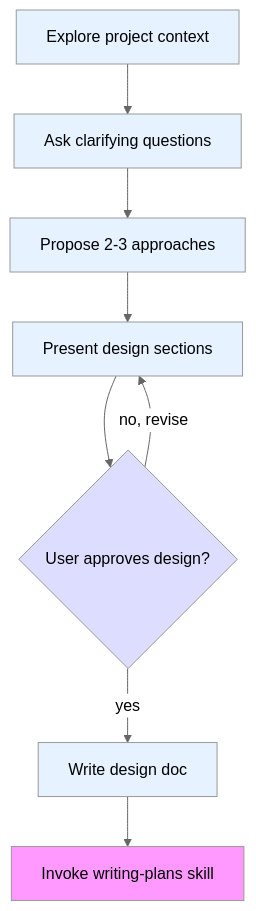
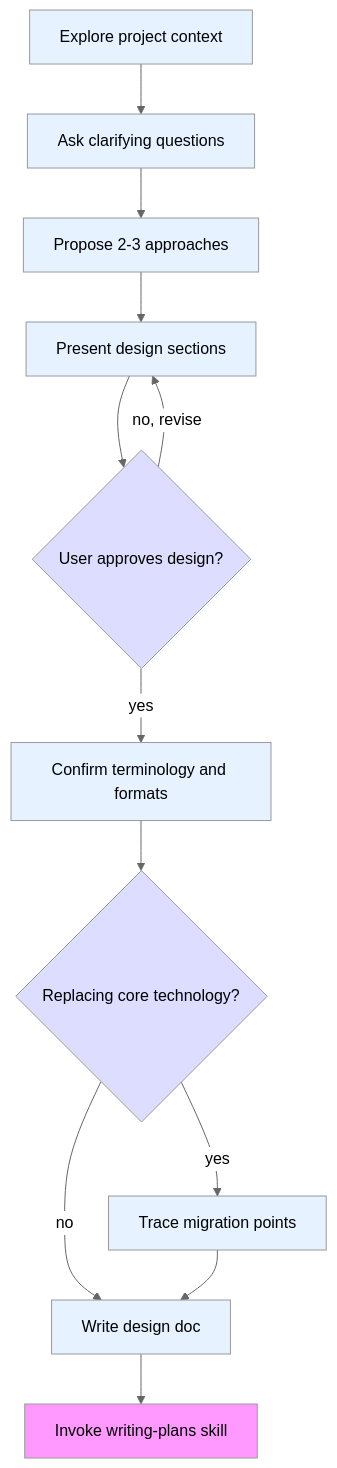
The diagram in skills/brainstorming/SKILL.md (Ts-sound/superpowers), drawn with Mermaid (neutral theme) before and after one commit. The commit also changed other lines of this file, not shown here.

Commit message:
feat(brainstorming): add technology migration validation step with clear trigger conditions

````diff
--- a/skills/brainstorming/SKILL.md
+++ b/skills/brainstorming/SKILL.md
@@ -41,18 +42,22 @@
 ```mermaid
 graph TD
     A["Explore project context"] --> B["Ask clarifying questions"];
     B --> C["Propose 2-3 approaches"];
     C --> D["Present design sections"];
     D --> E{"User approves design?"};
     E -->|no, revise| D;
-    E -->|yes| F["Write design doc"];
-    F --> G["Invoke writing-plans skill"];
+    E -->|yes| F["Confirm terminology and formats"];
+    F --> G{"Replacing core technology?"};
+    G -->|yes| H["Trace migration points"];
+    G -->|no| I["Write design doc"];
+    H --> I;
+    I --> J["Invoke writing-plans skill"];
 
     classDef endnode fill:#f9f;
     classDef decision fill:#ddf;
     classDef process fill:#e6f2ff;
 
-    class G endnode;
-    class E decision;
-    class A,B,C,D,F process;
+    class J endnode;
+    class E,G decision;
+    class A,B,C,D,F,H,I process;
 ```
````
